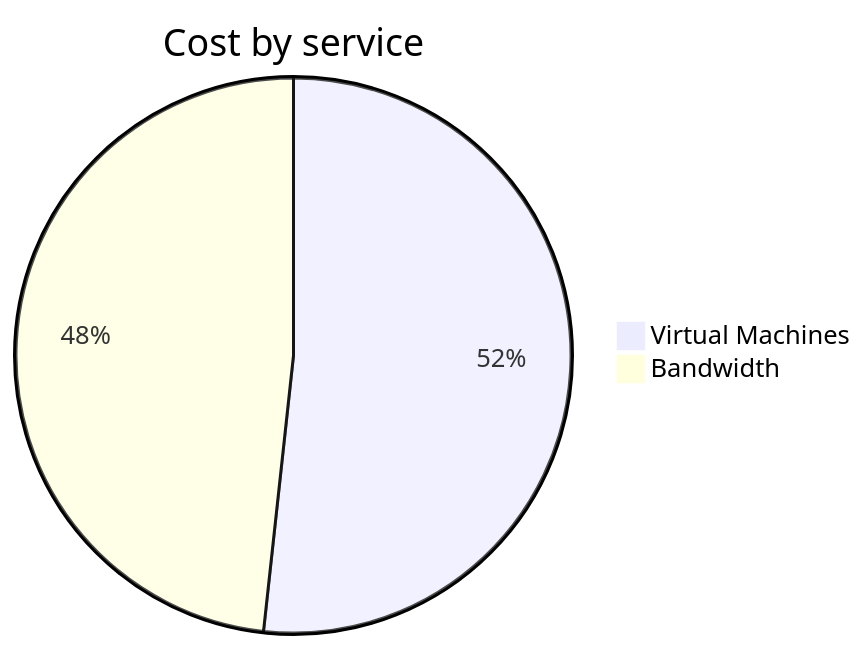
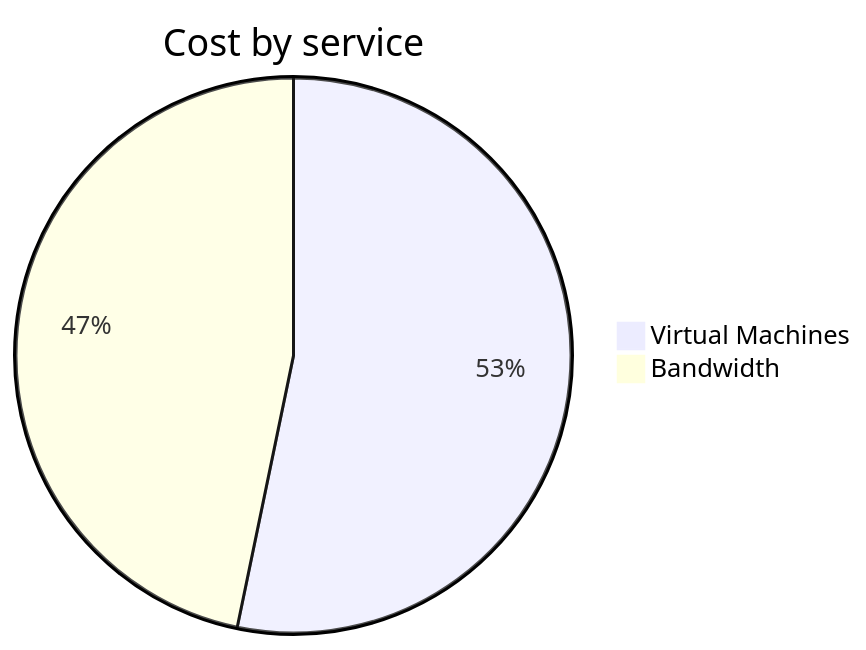
Before and after one commit to jpfulton/azure-personal-reports: the second of 4 diagrams in cost-reports/personal-network/vpn-server.md, drawn with Mermaid. The commit also changed other lines of this file and 8 other files, not shown here.

````diff
--- a/cost-reports/personal-network/vpn-server.md
+++ b/cost-reports/personal-network/vpn-server.md
@@ -94,6 +94,6 @@
 ```mermaid
 pie
    title Cost by service
-   "Virtual Machines" : 2.85
+   "Virtual Machines" : 3.03
    "Bandwidth" : 2.66
 ```
````
